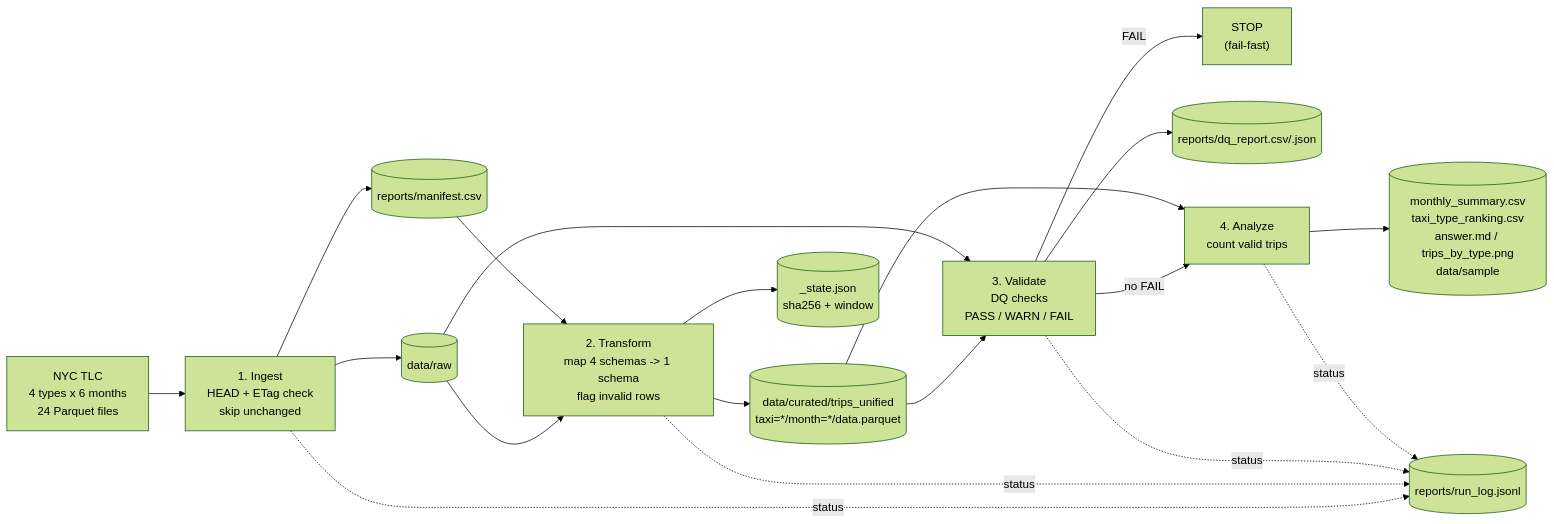
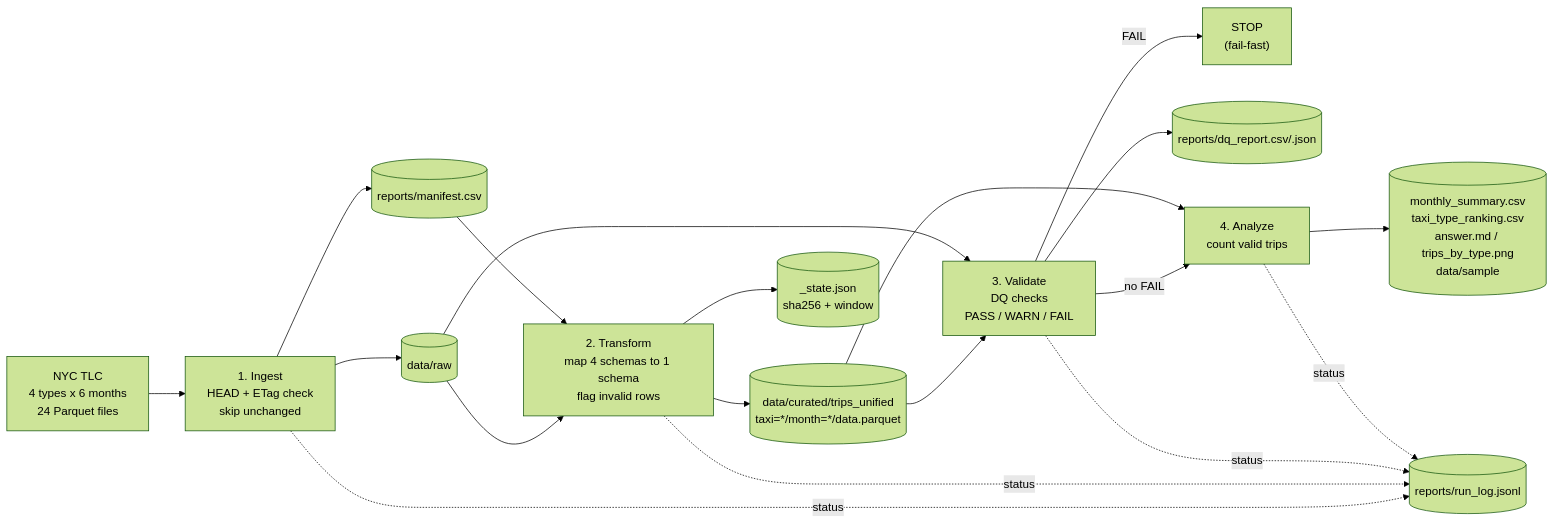
One commit to Chanipornn/nyc-taxi-pipeline changed the first of 2 diagrams in docs/pipeline_diagram.md. Above: the diagram before and after it, drawn with Mermaid (forest theme).

Commit message:
Fix arrow text in diagram

````diff
--- a/docs/pipeline_diagram.md
+++ b/docs/pipeline_diagram.md
@@ -5,21 +5,21 @@
 ```mermaid
 flowchart LR
   A["NYC TLC<br/>4 types x 6 months<br/>24 Parquet files"] --> B["1. Ingest<br/>HEAD + ETag check<br/>skip unchanged"]
   B --> C[("data/raw")]
   B --> M[("reports/manifest.csv")]
-  C --> D["2. Transform<br/>map 4 schemas -> 1 schema<br/>flag invalid rows"]
+  C --> D["2. Transform<br/>map 4 schemas to 1 schema<br/>flag invalid rows"]
   M --> D
   D --> E[("data/curated/trips_unified<br/>taxi=*/month=*/data.parquet")]
   D --> S[("_state.json<br/>sha256 + window")]
   E --> F["3. Validate<br/>DQ checks<br/>PASS / WARN / FAIL"]
   C --> F
   F -->|FAIL| X["STOP<br/>(fail-fast)"]
   F --> Q[("reports/dq_report.csv/.json")]
   F -->|no FAIL| G["4. Analyze<br/>count valid trips"]
   E --> G
   G --> R[("monthly_summary.csv<br/>taxi_type_ranking.csv<br/>answer.md / trips_by_type.png<br/>data/sample")]
   B -. status .-> L[("reports/run_log.jsonl")]
   D -. status .-> L
   F -. status .-> L
   G -. status .-> L
 ```
````
